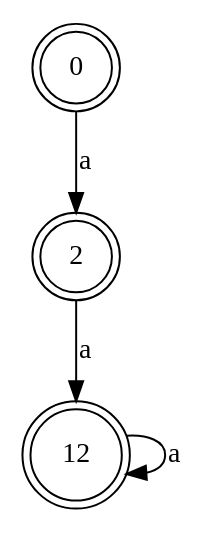
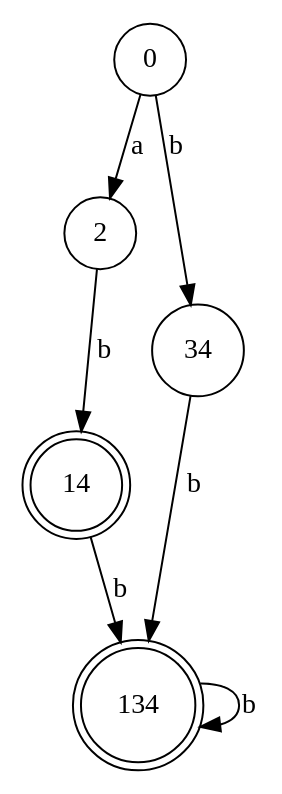
One commit to igorbragaia/CTC-34 changed the diagram in projeto_1/test-output/graph.gv. Above: the diagram before and after it, drawn with Graphviz. The commit also changed 3 other files, not shown here.

```diff
--- a/projeto_1/test-output/graph.gv
+++ b/projeto_1/test-output/graph.gv
@@ -1,8 +1,13 @@
 digraph {
-	0 [shape=doublecircle]
-	2 [shape=doublecircle]
-	12 [shape=doublecircle]
+	0 [shape=circle]
+	2 [shape=circle]
+	34 [shape=circle]
+	14 [shape=doublecircle]
+	134 [shape=doublecircle]
 	0 -> 2 [label=a]
-	2 -> 12 [label=a]
-	12 -> 12 [label=a]
+	0 -> 34 [label=b]
+	2 -> 14 [label=b]
+	34 -> 134 [label=b]
+	14 -> 134 [label=b]
+	134 -> 134 [label=b]
 }
```
